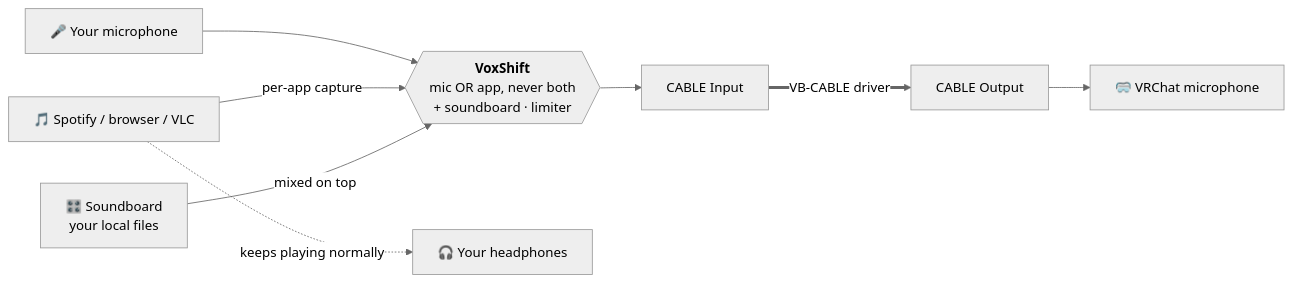
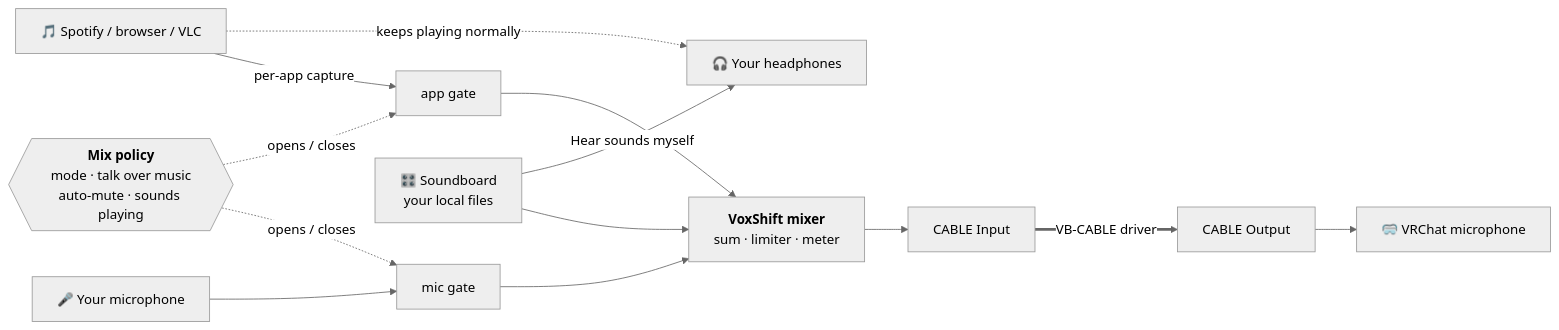
One commit to crapclap161/voxshift changed the diagram in README.md. Above: the diagram before and after it, drawn with Mermaid (neutral theme). The commit also changed other lines of this file and 36 other files, not shown here.

First line of the commit message:
feat: redesign VR UI, add smart mic muting and dockable soundboard (v0.0.5)

````diff
--- a/README.md
+++ b/README.md
@@ -127,10 +345,15 @@
 ```mermaid
 flowchart LR
-    MIC["🎤 Your microphone"] --> VS
-    APP["🎵 Spotify / browser / VLC"] -- "per-app capture" --> VS
+    MIC["🎤 Your microphone"] --> MG["mic gate"]
+    APP["🎵 Spotify / browser / VLC"] -- "per-app capture" --> AG["app gate"]
     APP -. "keeps playing normally" .-> HP["🎧 Your headphones"]
-    SB["🎛️ Soundboard<br/>your local files"] -- "mixed on top" --> VS
-    VS{{"<b>VoxShift</b><br/>mic OR app, never both<br/>+ soundboard · limiter"}} --> CI["CABLE Input"]
+    SB["🎛️ Soundboard<br/>your local files"] --> MIX
+    SB -- "Hear sounds myself" --> HP
+    MG --> MIX
+    AG --> MIX
+    POL{{"<b>Mix policy</b><br/>mode · talk over music<br/>auto-mute · sounds playing"}} -. "opens / closes" .-> MG
+    POL -. "opens / closes" .-> AG
+    MIX["<b>VoxShift mixer</b><br/>sum · limiter · meter"] --> CI["CABLE Input"]
     CI == "VB-CABLE driver" ==> CO["CABLE Output"]
     CO --> VRC["🥽 VRChat microphone"]
 ```
````
